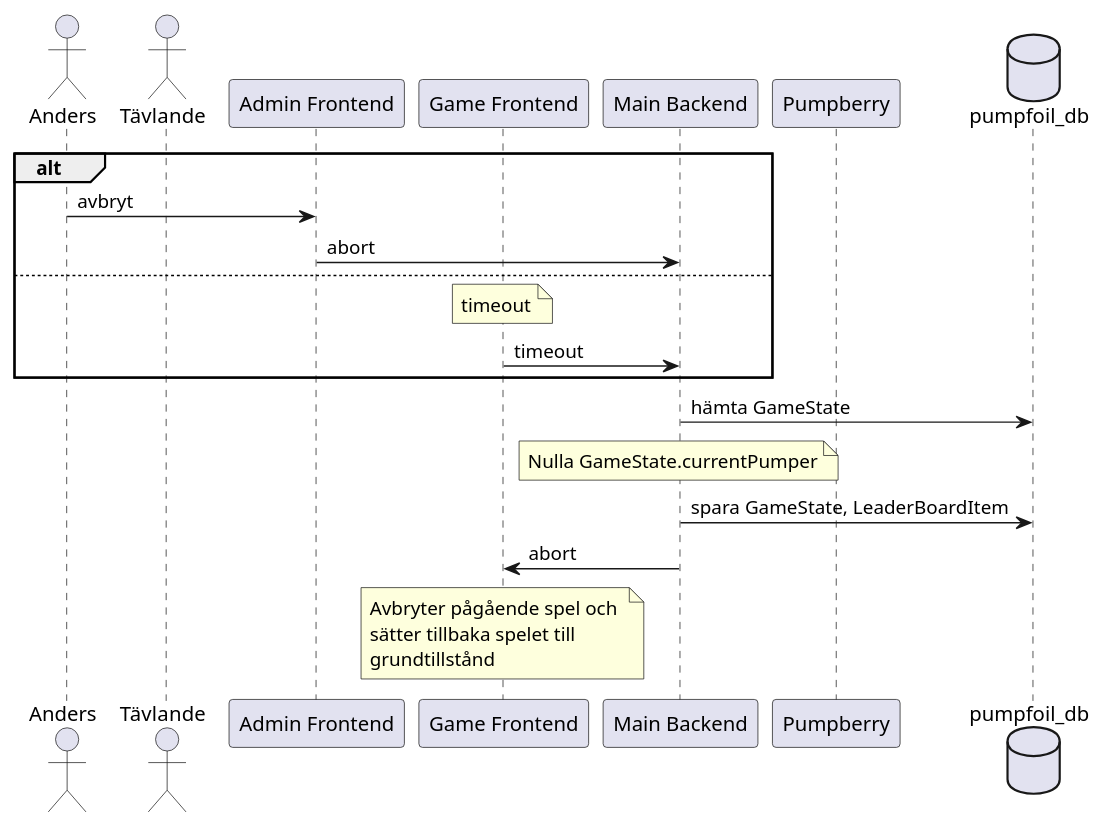
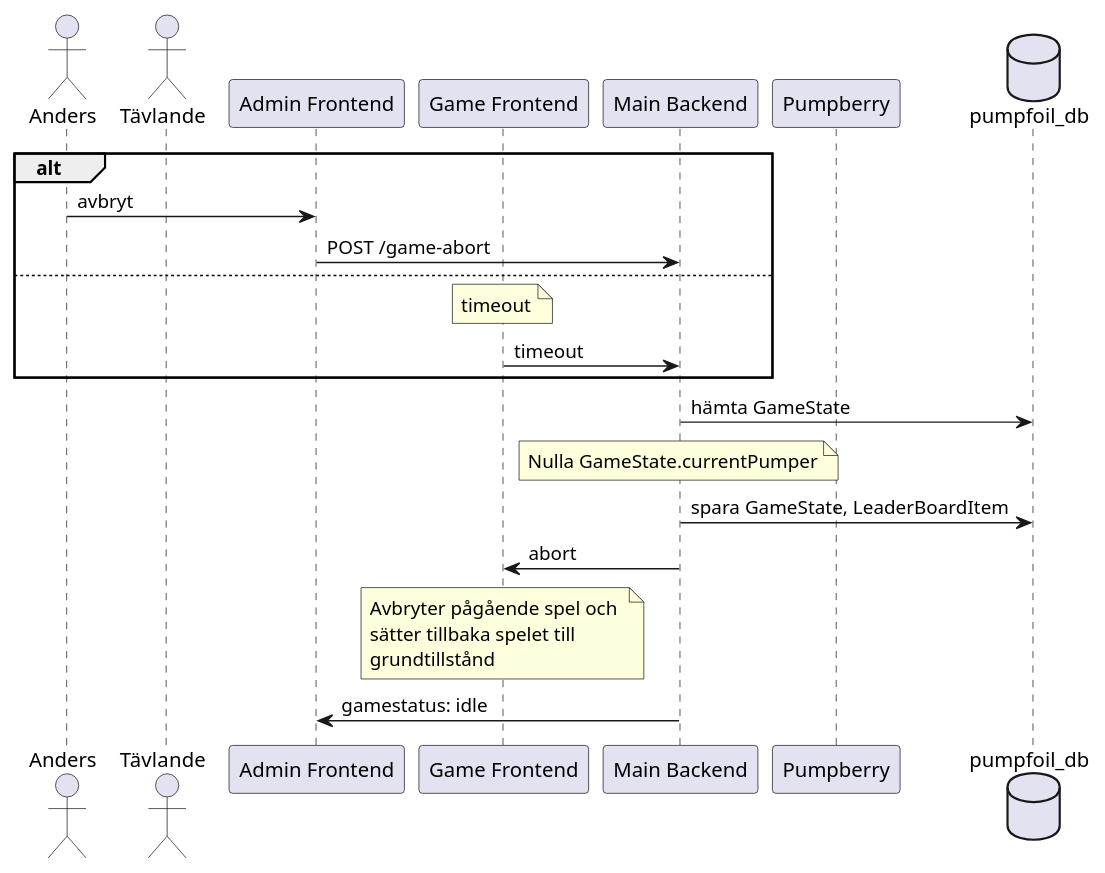
The seventh of 8 diagrams in doc/SPEC.md (CAG-Contactor/pump-foil-game), drawn with PlantUML before and after one commit. The commit also changed other lines of this file and 1 other file, not shown here.

````diff
--- a/doc/SPEC.md
+++ b/doc/SPEC.md
@@ -227,31 +239,32 @@
 ```plantuml
 actor Anders
 actor Tävlande
 participant "Admin Frontend" as adminfe
 participant "Game Frontend" as gamefe
 participant "Main Backend" as mainbe
 participant Pumpberry
 database pumpfoil_db
 
 alt
 Anders -> adminfe: avbryt
-adminfe -> mainbe: abort
+adminfe -> mainbe: POST /game-abort
 else
 note over gamefe
 timeout
 endnote
 gamefe -> mainbe: timeout
 end
 mainbe -> pumpfoil_db: hämta GameState
 note over mainbe
   Nulla GameState.currentPumper
 end note
 mainbe -> pumpfoil_db: spara GameState, LeaderBoardItem
 gamefe <- mainbe: abort 
 note over gamefe
   Avbryter pågående spel och 
   sätter tillbaka spelet till 
   grundtillstånd 
 endnote   
+adminfe <- mainbe: gamestatus: idle
 
 ```
````
